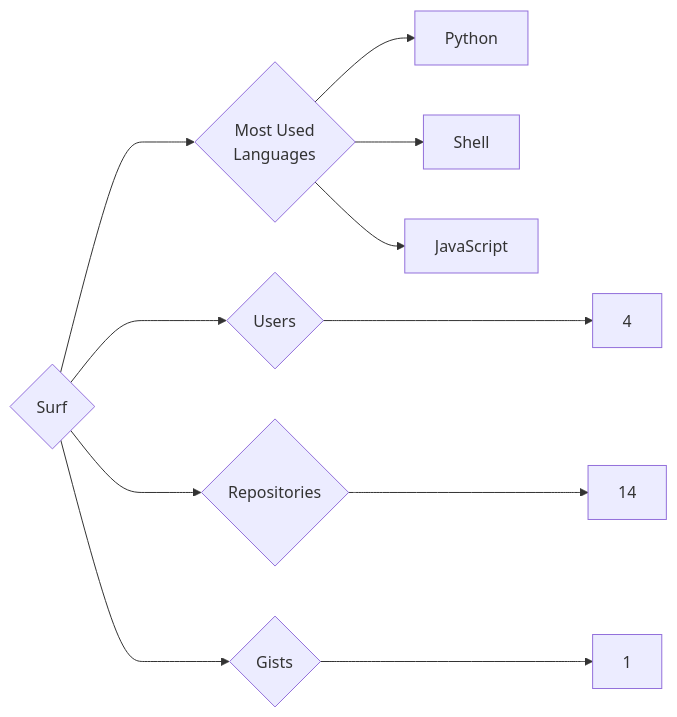
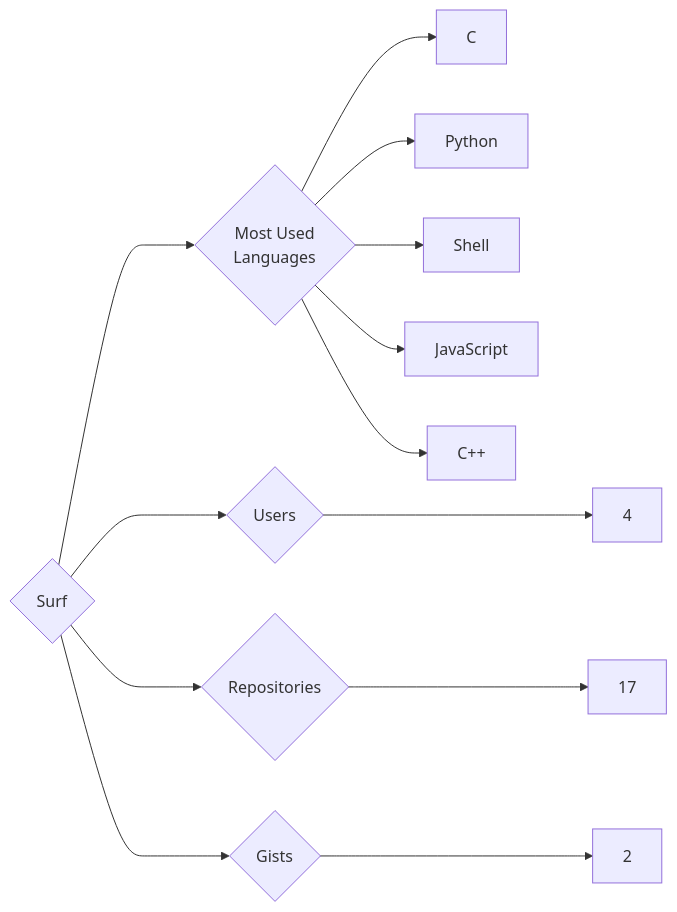
Before and after one commit to trickest/insiders: the diagram in targets/Surf/README.md, drawn with Mermaid. The commit also changed 748 other files, not shown here.

````diff
--- a/targets/Surf/README.md
+++ b/targets/Surf/README.md
@@ -3,11 +3,13 @@
 ```mermaid
 graph LR
 COMPANY_NAME{Surf}
 COMPANY_NAME ---> U{Users} ---> UN[4]
-COMPANY_NAME ---> R{Repositories} ---> RN[14]
-COMPANY_NAME ---> G{Gists} ---> GN[1]
+COMPANY_NAME ---> R{Repositories} ---> RN[17]
+COMPANY_NAME ---> G{Gists} ---> GN[2]
 COMPANY_NAME ---> ML{Most Used<br>Languages}
+ML --> C[C]
 ML --> Python[Python]
 ML --> Shell[Shell]
 ML --> JavaScript[JavaScript]
+ML --> C++[C++]
 ```
````
